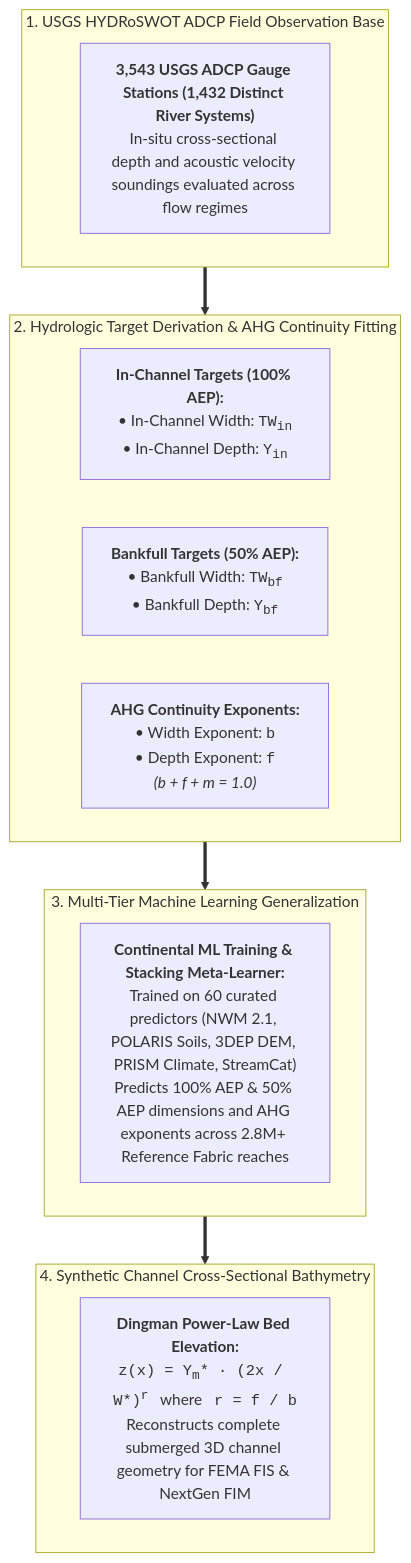
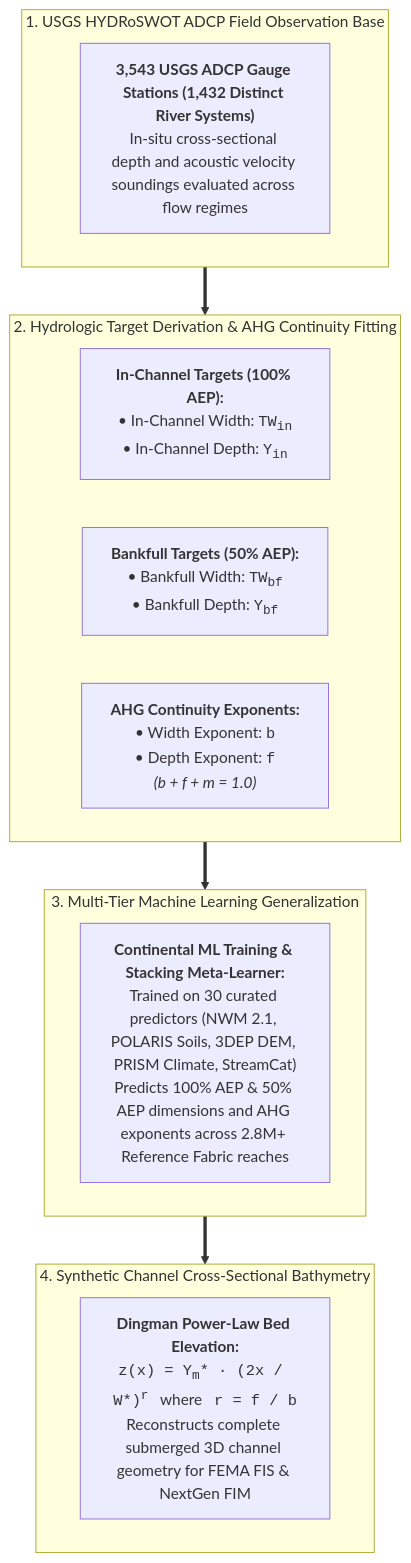
The first of 2 diagrams in docs/v1.0/overview/index.md (arashmodrad/ml_web), drawn with Mermaid before and after one commit. The commit also changed other lines of this file and 33 other files, not shown here.

````diff
--- a/docs/v1.0/overview/index.md
+++ b/docs/v1.0/overview/index.md
@@ -16,30 +16,30 @@
 ```mermaid
 flowchart TD
     subgraph FIELD ["1. USGS HYDRoSWOT ADCP Field Observation Base"]
         ADCP["<b>3,543 USGS ADCP Gauge Stations (1,432 Distinct River Systems)</b><br/>In-situ cross-sectional depth and acoustic velocity soundings evaluated across flow regimes"]
     end
 
     subgraph LABELS ["2. Hydrologic Target Derivation & AHG Continuity Fitting"]
         direction LR
         IN_FLOW["<b>In-Channel Targets (100% AEP):</b><br/>• In-Channel Width: <code>TW<sub>in</sub></code><br/>• In-Channel Depth: <code>Y<sub>in</sub></code>"]
         BF_FLOW["<b>Bankfull Targets (50% AEP):</b><br/>• Bankfull Width: <code>TW<sub>bf</sub></code><br/>• Bankfull Depth: <code>Y<sub>bf</sub></code>"]
         AHG_FIT["<b>AHG Continuity Exponents:</b><br/>• Width Exponent: <code>b</code><br/>• Depth Exponent: <code>f</code><br/><i>(b + f + m = 1.0)</i>"]
     end
 
     subgraph ML ["3. Multi-Tier Machine Learning Generalization"]
-        PRED["<b>Continental ML Training & Stacking Meta-Learner:</b><br/>Trained on 60 curated predictors (NWM 2.1, POLARIS Soils, 3DEP DEM, PRISM Climate, StreamCat)<br/>Predicts 100% AEP &amp; 50% AEP dimensions and AHG exponents across 2.8M+ Reference Fabric reaches"]
+        PRED["<b>Continental ML Training & Stacking Meta-Learner:</b><br/>Trained on 30 curated predictors (NWM 2.1, POLARIS Soils, 3DEP DEM, PRISM Climate, StreamCat)<br/>Predicts 100% AEP &amp; 50% AEP dimensions and AHG exponents across 2.8M+ Reference Fabric reaches"]
     end
 
     subgraph BATH ["4. Synthetic Channel Cross-Sectional Bathymetry"]
         BED["<b>Dingman Power-Law Bed Elevation:</b><br/><code>z(x) = Y<sub>m</sub>* &middot; (2x / W*)<sup>r</sup></code> &nbsp; where &nbsp; <code>r = f / b</code><br/>Reconstructs complete submerged 3D channel geometry for FEMA FIS &amp; NextGen FIM"]
     end
 
     FIELD ==> LABELS ==> ML ==> BATH
 
     class FIELD highlight-blue;
     class IN_FLOW highlight-teal;
     class BF_FLOW highlight-orange;
     class AHG_FIT highlight-blue;
     class ML highlight-blue;
     class BATH highlight-teal;
 ```
````
